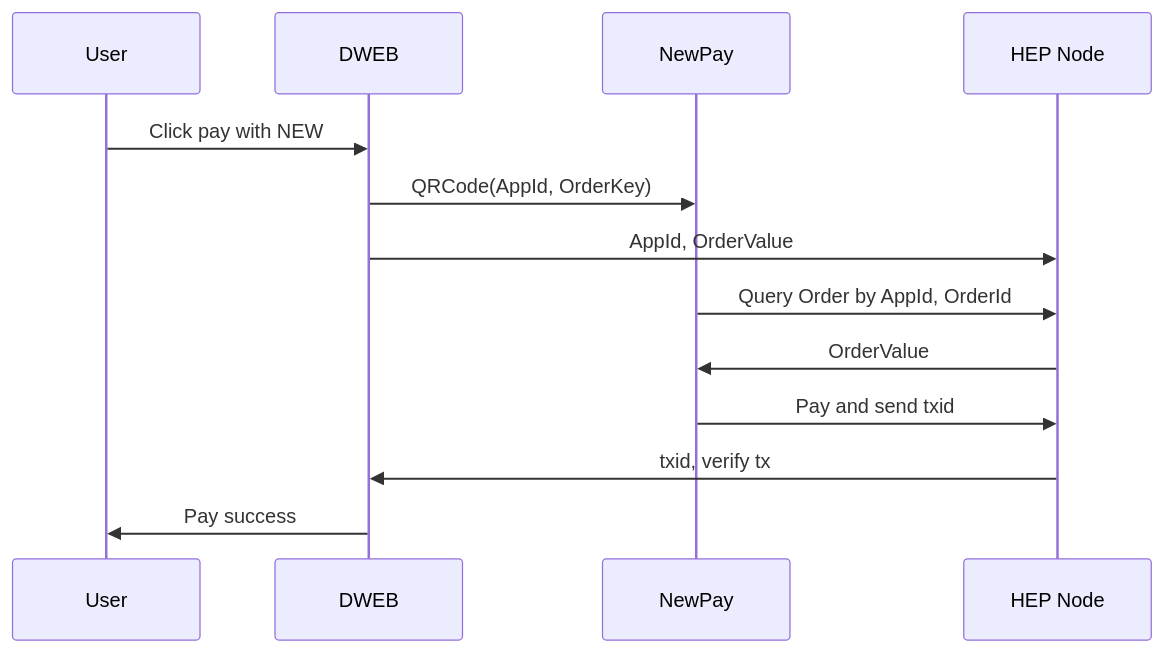
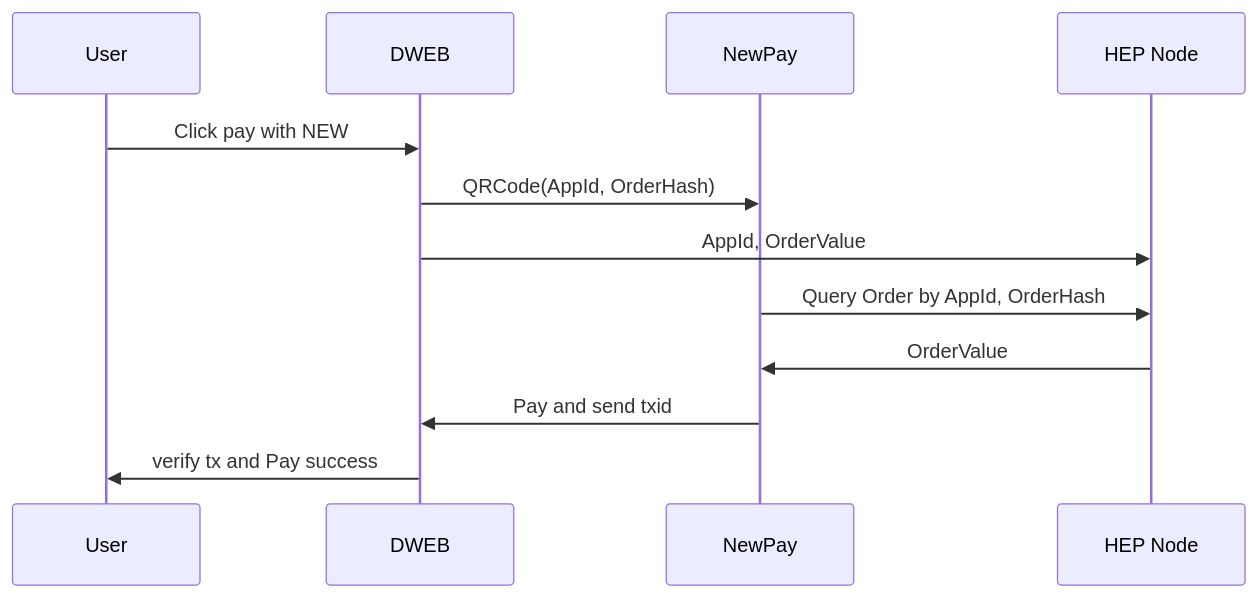
The second of 3 diagrams in hep-node/DWEB.md (newtonproject/HEP-specification), drawn with Mermaid before and after one commit. The commit also changed other lines of this file, not shown here.

````diff
--- a/hep-node/DWEB.md
+++ b/hep-node/DWEB.md
@@ -18,15 +17,14 @@
 ```mermaid
 sequenceDiagram;
     participant User;
     participant DWEB;
 	participant NewPay;
 	participant HEP Node;
 	User->>DWEB:Click pay with NEW;
-	DWEB->>NewPay:QRCode(AppId, OrderKey);
+	DWEB->>NewPay:QRCode(AppId, OrderHash);
 	DWEB->>HEP Node:AppId, OrderValue;
-	NewPay->>HEP Node:Query Order by AppId, OrderId;
+	NewPay->>HEP Node:Query Order by AppId, OrderHash;
 	HEP Node->>NewPay: OrderValue;
-	NewPay->>HEP Node:Pay and send txid;
-	HEP Node->>DWEB:txid, verify tx;
-	DWEB->>User:Pay success;
+	NewPay->>DWEB:Pay and send txid;
+	DWEB->>User:verify tx and Pay success;
 ```
````
